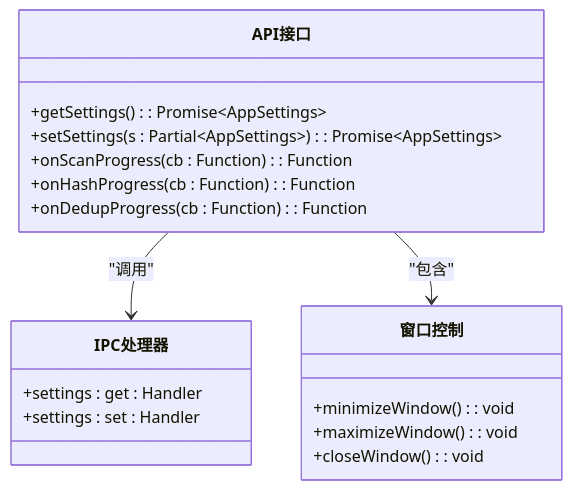
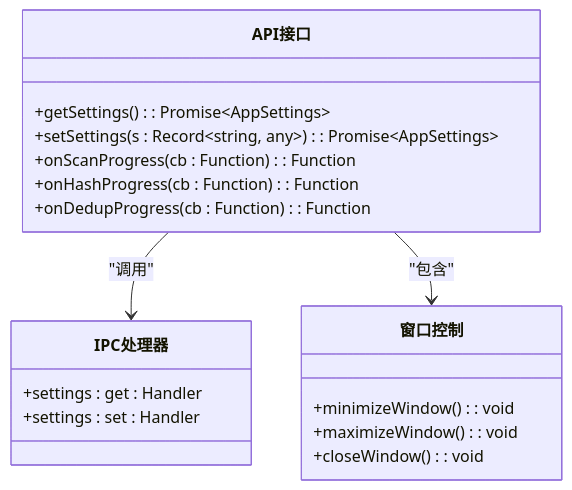
The sixth of 10 diagrams in .qoder/repowiki/zh/content/核心服务模块/设置管理服务.md (remgasuki/ReDoPhoto), drawn with Mermaid before and after one commit. The commit also changed other lines of this file and 10 other files, not shown here.

````diff
--- a/.qoder/repowiki/zh/content/核心服务模块/设置管理服务.md
+++ b/.qoder/repowiki/zh/content/核心服务模块/设置管理服务.md
@@ -252,21 +274,21 @@
 ```mermaid
 classDiagram
 class API接口 {
 +getSettings() : Promise~AppSettings~
-+setSettings(s : Partial~AppSettings~) : Promise~AppSettings~
++setSettings(s : Record~string, any~) : Promise~AppSettings~
 +onScanProgress(cb : Function) : Function
 +onHashProgress(cb : Function) : Function
 +onDedupProgress(cb : Function) : Function
 }
 class IPC处理器 {
 +settings : get : Handler
 +settings : set : Handler
 }
 class 窗口控制 {
 +minimizeWindow() : void
 +maximizeWindow() : void
 +closeWindow() : void
 }
 API接口 --> IPC处理器 : "调用"
 API接口 --> 窗口控制 : "包含"
 ```
````
